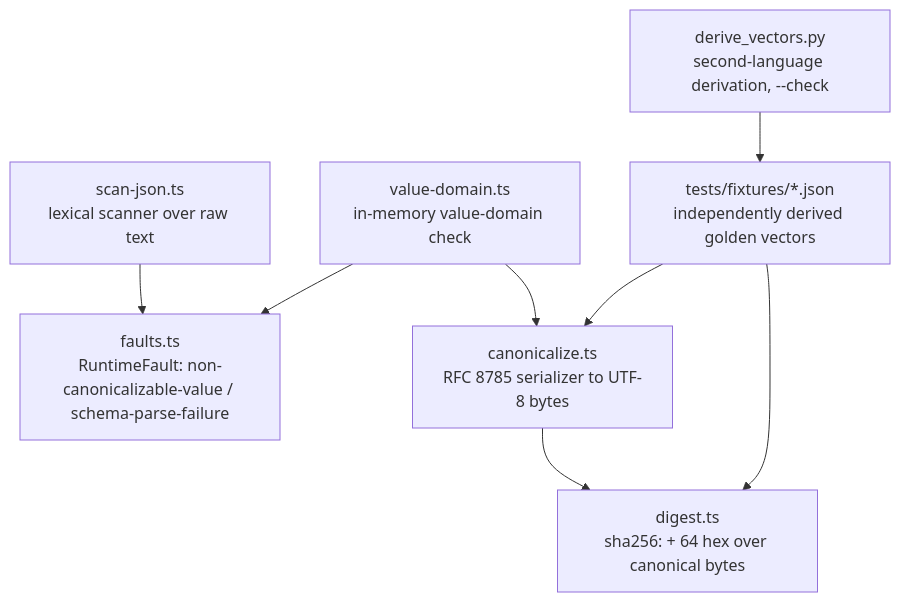
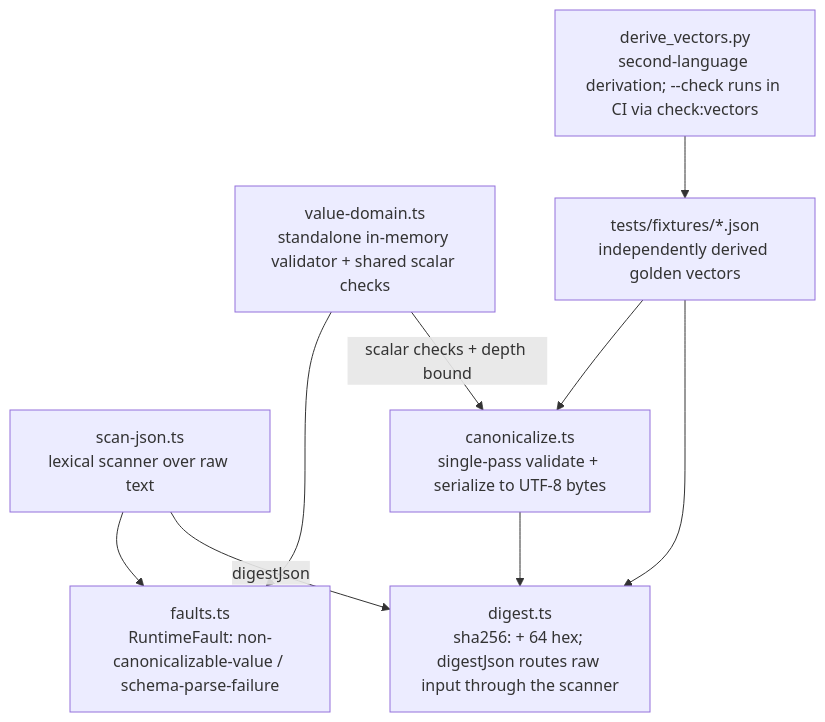
The second of 2 diagrams in _bmad-output/project-knowledge/learning-path-step-by-step.md (bmad-code-org/bmad-eval-quality), drawn with Mermaid before and after one commit. The commit also changed other lines of this file, not shown here.

````diff
--- a/_bmad-output/project-knowledge/learning-path-step-by-step.md
+++ b/_bmad-output/project-knowledge/learning-path-step-by-step.md
@@ -345,18 +379,19 @@
 ```mermaid
 flowchart TD
   SCAN["scan-json.ts<br/>lexical scanner over raw text"]
-  DOMAIN["value-domain.ts<br/>in-memory value-domain check"]
+  DOMAIN["value-domain.ts<br/>standalone in-memory validator + shared scalar checks"]
   FAULT["faults.ts<br/>RuntimeFault: non-canonicalizable-value / schema-parse-failure"]
-  CANON["canonicalize.ts<br/>RFC 8785 serializer to UTF-8 bytes"]
-  DIGEST["digest.ts<br/>sha256: + 64 hex over canonical bytes"]
+  CANON["canonicalize.ts<br/>single-pass validate + serialize to UTF-8 bytes"]
+  DIGEST["digest.ts<br/>sha256: + 64 hex; digestJson routes raw input through the scanner"]
   FIXTURES["tests/fixtures/*.json<br/>independently derived golden vectors"]
-  DERIVE["derive_vectors.py<br/>second-language derivation, --check"]
+  DERIVE["derive_vectors.py<br/>second-language derivation; --check runs in CI via check:vectors"]
 
   SCAN --> FAULT
   DOMAIN --> FAULT
-  DOMAIN --> CANON
+  DOMAIN -->|scalar checks + depth bound| CANON
+  SCAN -->|digestJson| DIGEST
   CANON --> DIGEST
   DERIVE --> FIXTURES
   FIXTURES --> CANON
   FIXTURES --> DIGEST
 ```
````
